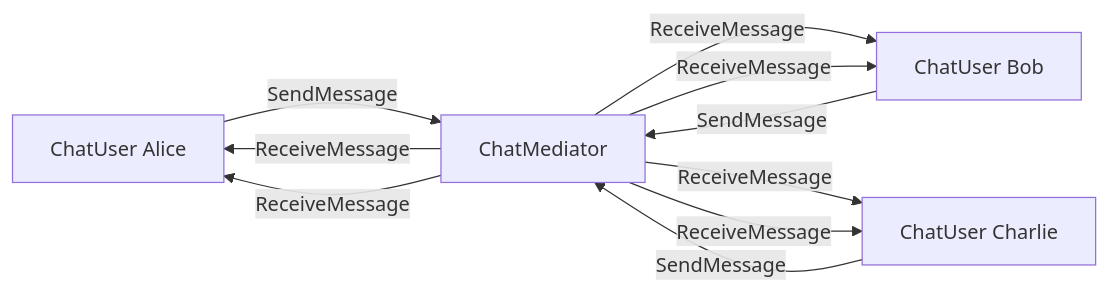
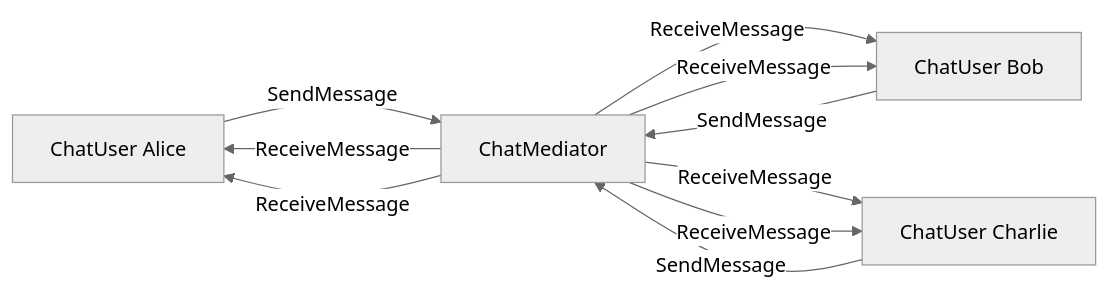
The diagram in src/Mediator/README.md (mamagarage/mama-design-patterns), drawn with Mermaid before and after one commit. The commit also changed other lines of this file, not shown here.

````diff
--- a/src/Mediator/README.md
+++ b/src/Mediator/README.md
@@ -2,20 +2,26 @@
 ```mermaid
+---
+config:
+  showSequenceNumbers: true
+  theme: neutral
+---
+
 %%{init: {"flowchart": {"diagramPadding": 150}}}%%
 flowchart LR
     A[ChatUser Alice]
     B[ChatUser Bob]
     C[ChatUser Charlie]
     M[ChatMediator]
 
     A -->|SendMessage| M
     M -->|ReceiveMessage| B
     M -->|ReceiveMessage| C
 
     B -->|SendMessage| M
     M -->|ReceiveMessage| A
     M -->|ReceiveMessage| C
 
     C -->|SendMessage| M
     M -->|ReceiveMessage| A
     M -->|ReceiveMessage| B
 ```
````
